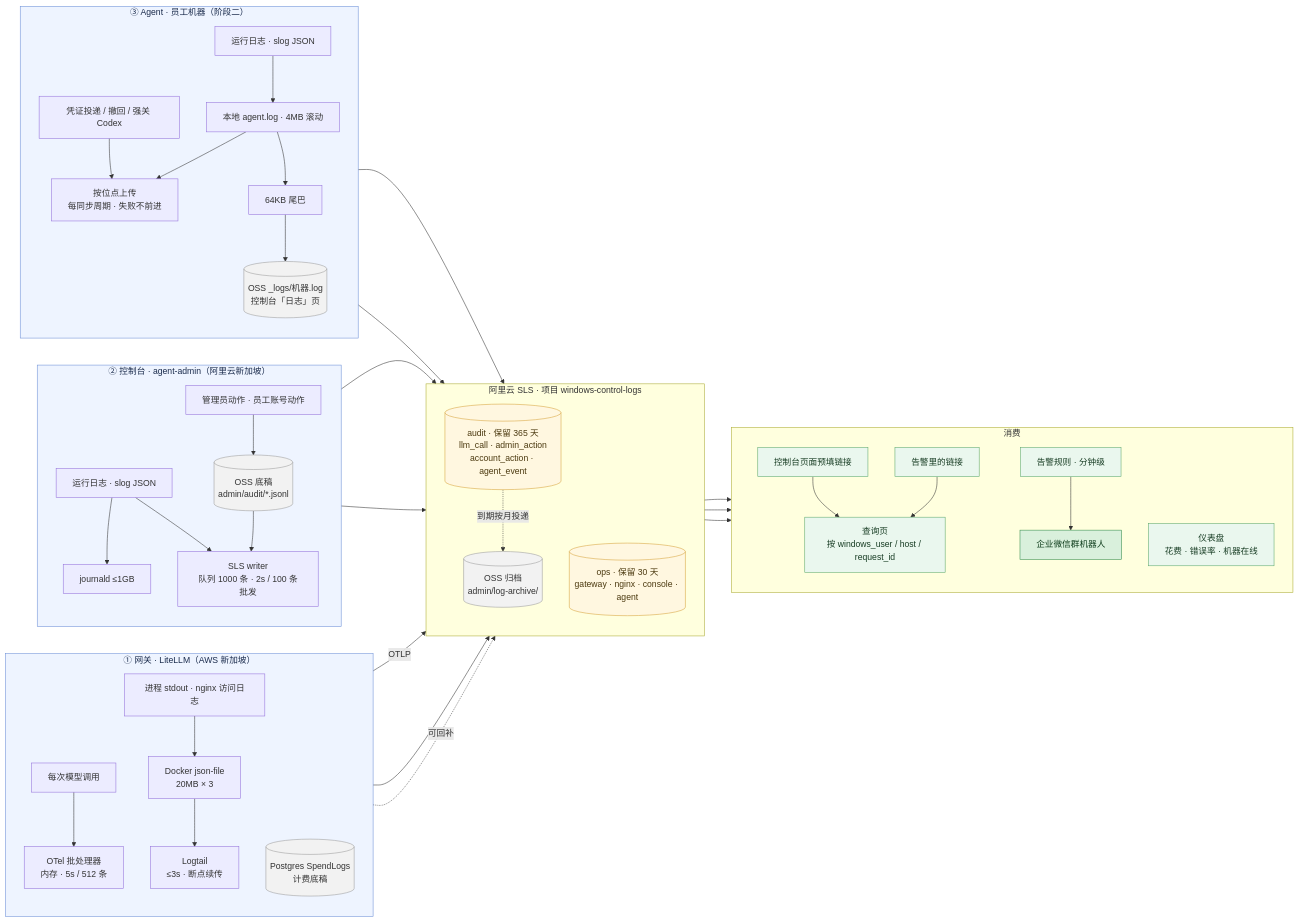
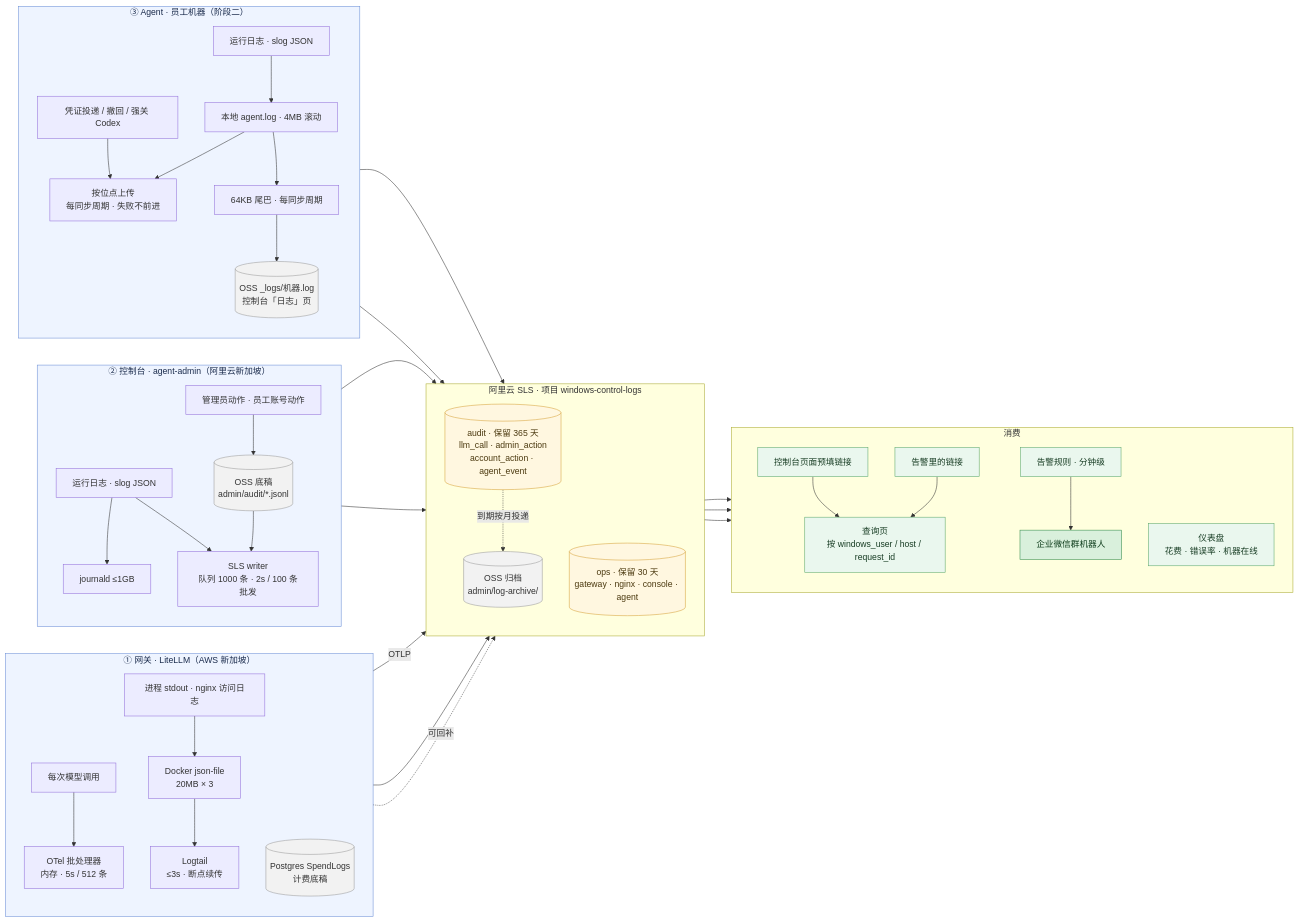
Before and after one commit to TEENet-io/ai-env-mgr: the diagram in docs/superpowers/specs/2026-09-08-unified-logging-design.md, drawn with Mermaid.

Commit message:
docs: clarify agent tail-upload edge in the log-flow diagram

````diff
--- a/docs/superpowers/specs/2026-09-08-unified-logging-design.md
+++ b/docs/superpowers/specs/2026-09-08-unified-logging-design.md
@@ -65,63 +65,63 @@
 ```mermaid
 flowchart LR
   classDef mod fill:#eef4ff,stroke:#6b8fd6,color:#1a2b4c
   classDef store fill:#fff7e0,stroke:#d6a23a,color:#4c3a10
   classDef oss fill:#f2f2f2,stroke:#9a9a9a,color:#333
   classDef use fill:#eaf7ee,stroke:#5aa76b,color:#183d24
   classDef wecom fill:#d9f0dc,stroke:#2f8a4a,color:#0f3d1c
 
   subgraph GW["① 网关 · LiteLLM（AWS 新加坡）"]
     direction TB
     g1["每次模型调用"] --> g2["OTel 批处理器<br/>内存 · 5s / 512 条"]
     g3["进程 stdout · nginx 访问日志"] --> g4["Docker json-file<br/>20MB × 3"] --> g5["Logtail<br/>≤3s · 断点续传"]
     g6[("Postgres SpendLogs<br/>计费底稿")]
   end
 
   subgraph CS["② 控制台 · agent-admin（阿里云新加坡）"]
     direction TB
     c1["运行日志 · slog JSON"] --> c2["journald ≤1GB"]
     c1 --> c3["SLS writer<br/>队列 1000 条 · 2s / 100 条批发"]
     c4["管理员动作 · 员工账号动作"] --> c5[("OSS 底稿<br/>admin/audit/*.jsonl")] --> c3
   end
 
   subgraph AG["③ Agent · 员工机器（阶段二）"]
     direction TB
     a1["运行日志 · slog JSON"] --> a2["本地 agent.log · 4MB 滚动"]
-    a2 --> a3["按位点上传<br/>每同步周期 · 失败不前进"]
-    a2 --> a4["64KB 尾巴"] --> a5[("OSS _logs/机器.log<br/>控制台「日志」页")]
-    a6["凭证投递 / 撤回 / 强关 Codex"] --> a3
+    a6["凭证投递 / 撤回 / 强关 Codex"] --> a3["按位点上传<br/>每同步周期 · 失败不前进"]
+    a2 --> a3
+    a2 --> a4["64KB 尾巴 · 每同步周期"] --> a5[("OSS _logs/机器.log<br/>控制台「日志」页")]
   end
 
   subgraph SLS["阿里云 SLS · 项目 windows-control-logs"]
     direction TB
     audit[("audit · 保留 365 天<br/>llm_call · admin_action<br/>account_action · agent_event")]
     ops[("ops · 保留 30 天<br/>gateway · nginx · console · agent")]
     audit -. 到期按月投递 .-> arch[("OSS 归档<br/>admin/log-archive/")]
   end
 
   subgraph USE["消费"]
     direction TB
     q["查询页<br/>按 windows_user / host / request_id"]
     d["仪表盘<br/>花费 · 错误率 · 机器在线"]
     al["告警规则 · 分钟级"] --> w["企业微信群机器人"]
     l1["控制台页面预填链接"] --> q
     l2["告警里的链接"] --> q
   end
 
   g2 -- OTLP --> audit
   g5 --> ops
   g6 -. 可回补 .-> audit
   c3 --> ops
   c3 --> audit
   a3 --> ops
   a3 --> audit
   SLS --> q
   SLS --> d
   SLS --> al
 
   class GW,CS,AG mod
   class audit,ops store
   class g6,c5,a5,arch oss
   class q,d,al,l1,l2 use
   class w wecom
 ```
````
